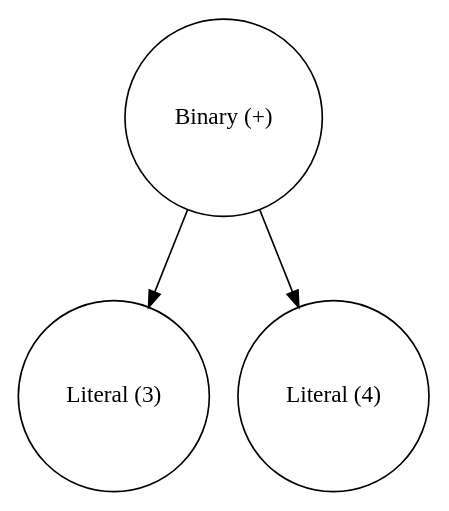
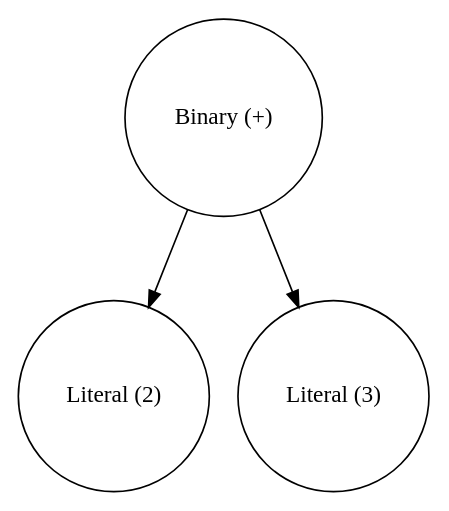
Before and after one commit to chosti34/CompilerCreationTool: the diagram in CompilerCreationTool/CompilerCreationTool/ast.dot, drawn with Graphviz. The commit also changed 4 other files, not shown here.

```diff
--- a/CompilerCreationTool/CompilerCreationTool/ast.dot
+++ b/CompilerCreationTool/CompilerCreationTool/ast.dot
@@ -1,7 +1,7 @@
 digraph {
 0 [shape="circle" label="Binary (+)"];
-1 [shape="circle" label="Literal (3)"];
-2 [shape="circle" label="Literal (4)"];
+1 [shape="circle" label="Literal (2)"];
+2 [shape="circle" label="Literal (3)"];
 0->1 [label=" "];
 0->2 [label=" "];
 }
```
